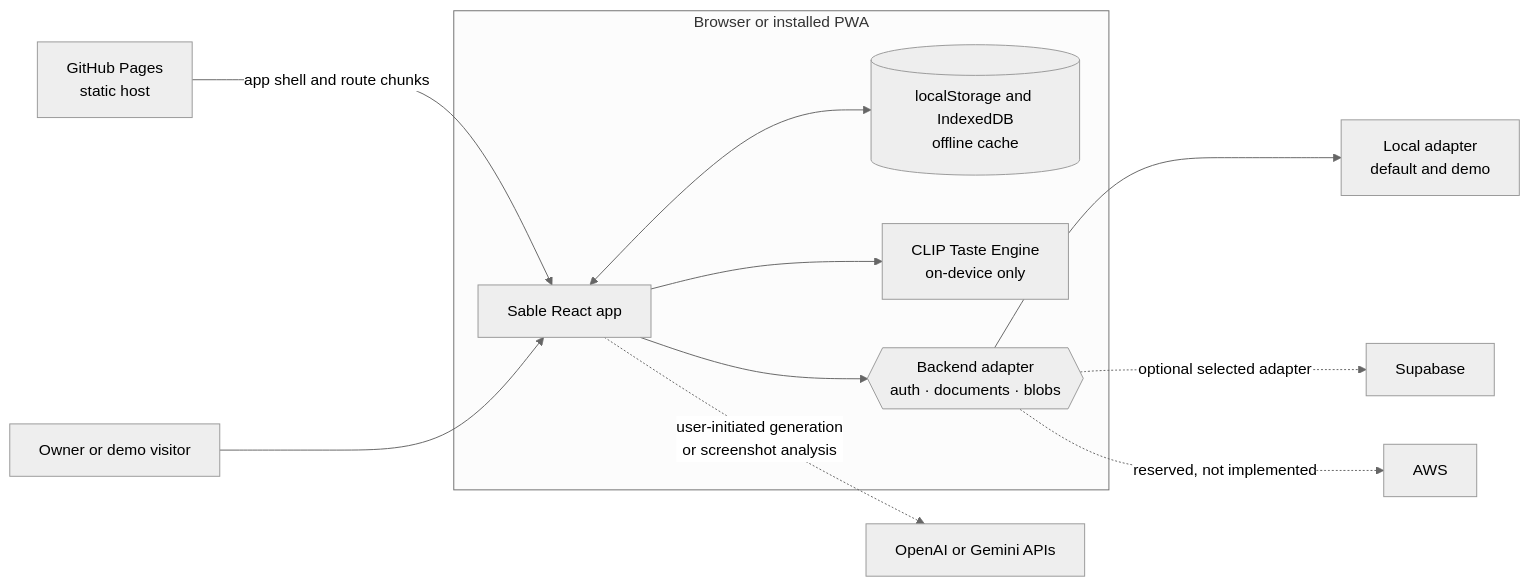
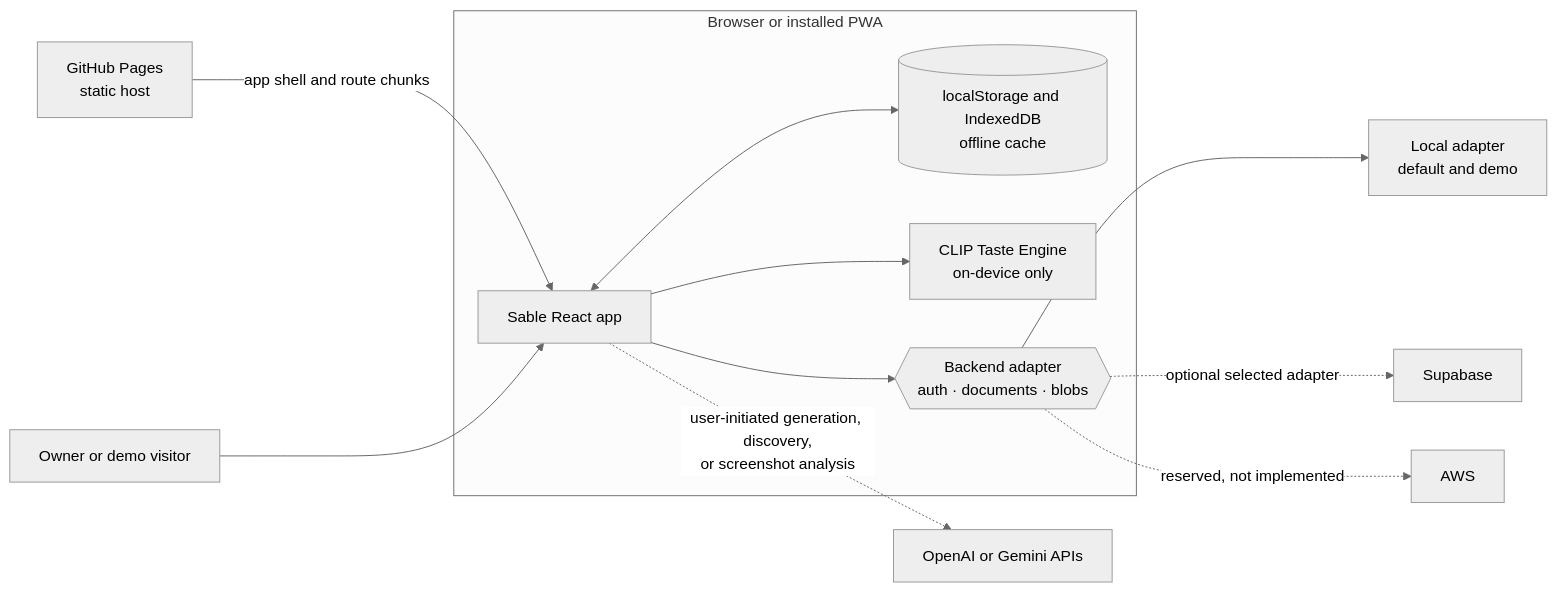
Before and after one commit to Pritesh1980/sable: the first of 8 diagrams in docs/ARCHITECTURE.md, drawn with Mermaid (neutral theme). The commit also changed other lines of this file and 3 other files, not shown here.

Commit message:
docs(architecture): correct runtime limits

````diff
--- a/docs/ARCHITECTURE.md
+++ b/docs/ARCHITECTURE.md
@@ -29,21 +29,21 @@
 ```mermaid
 flowchart LR
   PERSON["Owner or demo visitor"]
 
   subgraph DEVICE["Browser or installed PWA"]
     PWA["Sable React app"]
     CACHE[("localStorage and IndexedDB<br/>offline cache")]
     CLIP["CLIP Taste Engine<br/>on-device only"]
     SEAM{{"Backend adapter<br/>auth · documents · blobs"}}
     PWA <--> CACHE
     PWA --> CLIP
     PWA --> SEAM
   end
 
   PAGES["GitHub Pages<br/>static host"] -- "app shell and route chunks" --> PWA
   SEAM --> LOCAL["Local adapter<br/>default and demo"]
   SEAM -. "optional selected adapter" .-> SUPA["Supabase"]
   SEAM -. "reserved, not implemented" .-> AWS["AWS"]
-  PWA -. "user-initiated generation<br/>or screenshot analysis" .-> AI["OpenAI or Gemini APIs"]
+  PWA -. "user-initiated generation, discovery,<br/>or screenshot analysis" .-> AI["OpenAI or Gemini APIs"]
   PERSON --> PWA
 ```
````
